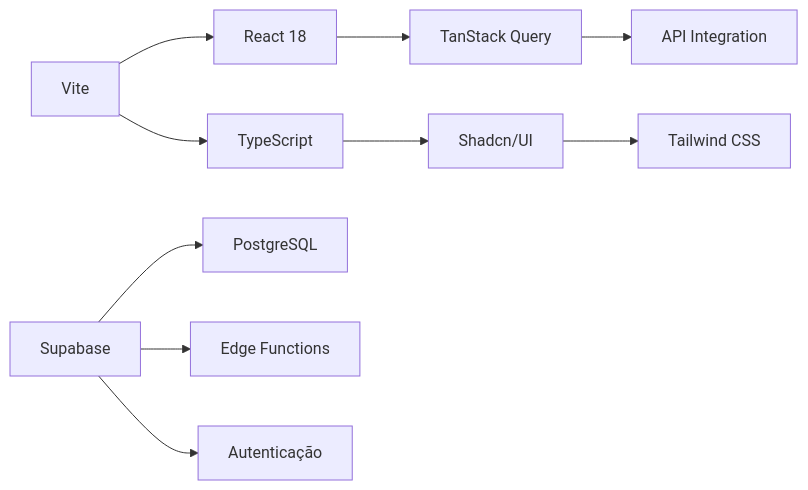
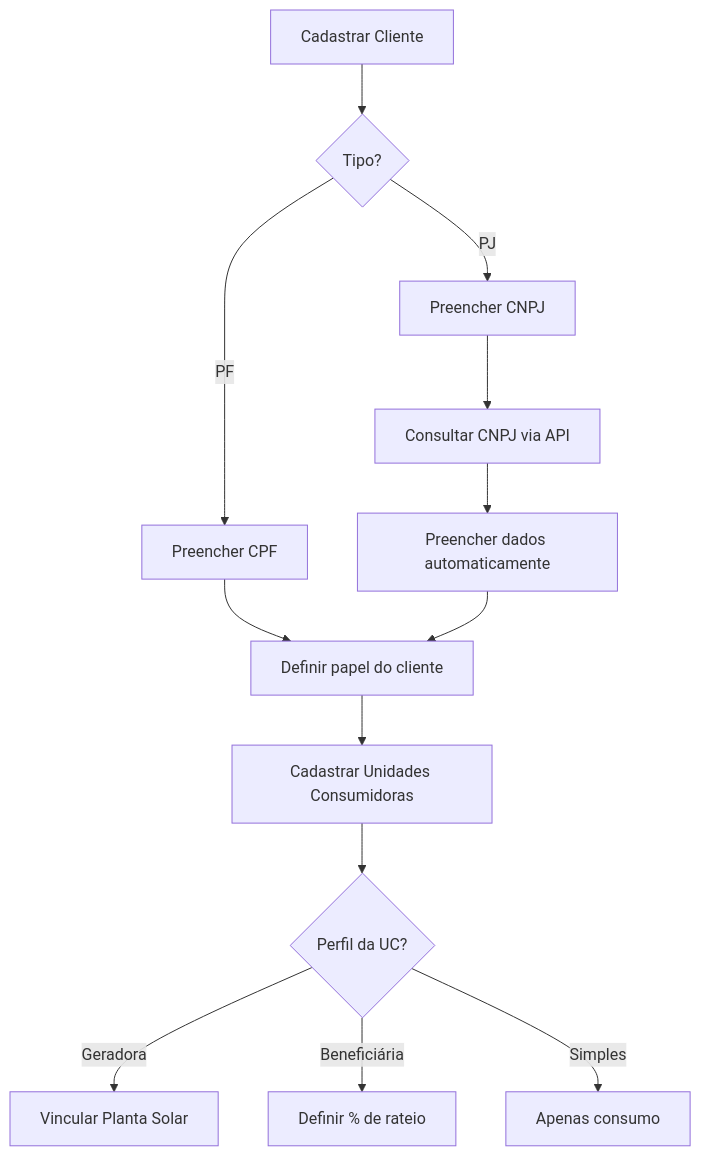
The fifth of 6 diagrams in .cursor/rules/contexto-modularone.md (ottoffilho/modularone), drawn with Mermaid before and after one commit. The commit also changed other lines of this file and 29 other files, not shown here.

Commit message:
Correção completa de mapeamento de banco de dados e implementação de segurança OWASP - Corrigido mapeamento de colunas UCForm/UCDetails/FaturasUpload - Implementado segurança: .env, SHA-256, rate limiting, CSRF, sanitização - Adicionado @ts-ignore para compatibilidade Zod/React Hook Form

````diff
--- a/.cursor/rules/contexto-modularone.md
+++ b/.cursor/rules/contexto-modularone.md
@@ -232,12 +317,15 @@
 ```mermaid
-graph LR
-  A[Vite] --> B[React 18]
-  A --> C[TypeScript]
-  B --> D[TanStack Query]
-  C --> E[Shadcn/UI]
-  E --> F[Tailwind CSS]
-  G[Supabase] --> H[PostgreSQL]
-  G --> I[Edge Functions]
-  G --> J[Autenticação]
-  D --> K[API Integration]
+flowchart TD
+  A[Cadastrar Cliente] --> B{Tipo?}
+  B -->|PF| C[Preencher CPF]
+  B -->|PJ| D[Preencher CNPJ]
+  D --> E[Consultar CNPJ via API]
+  E --> F[Preencher dados automaticamente]
+  C --> G[Definir papel do cliente]
+  F --> G
+  G --> H[Cadastrar Unidades Consumidoras]
+  H --> I{Perfil da UC?}
+  I -->|Geradora| J[Vincular Planta Solar]
+  I -->|Beneficiária| K[Definir % de rateio]
+  I -->|Simples| L[Apenas consumo]
 ```
````
